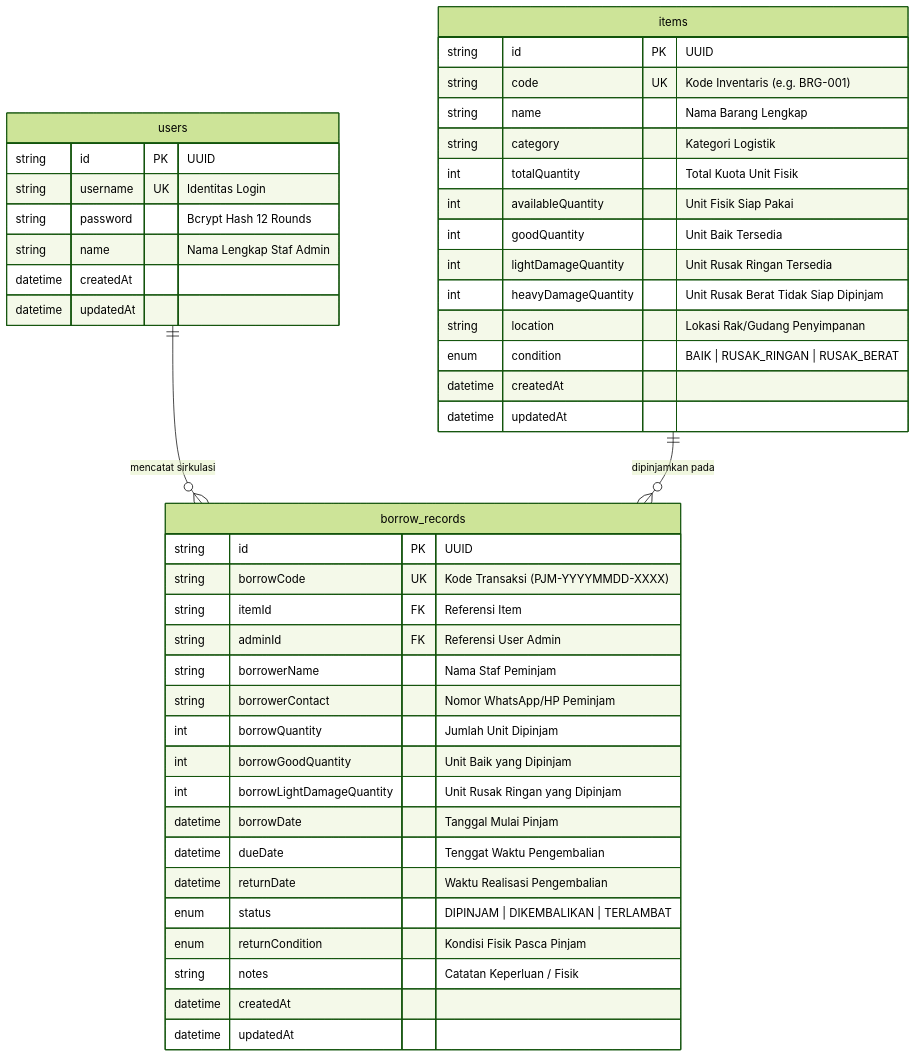
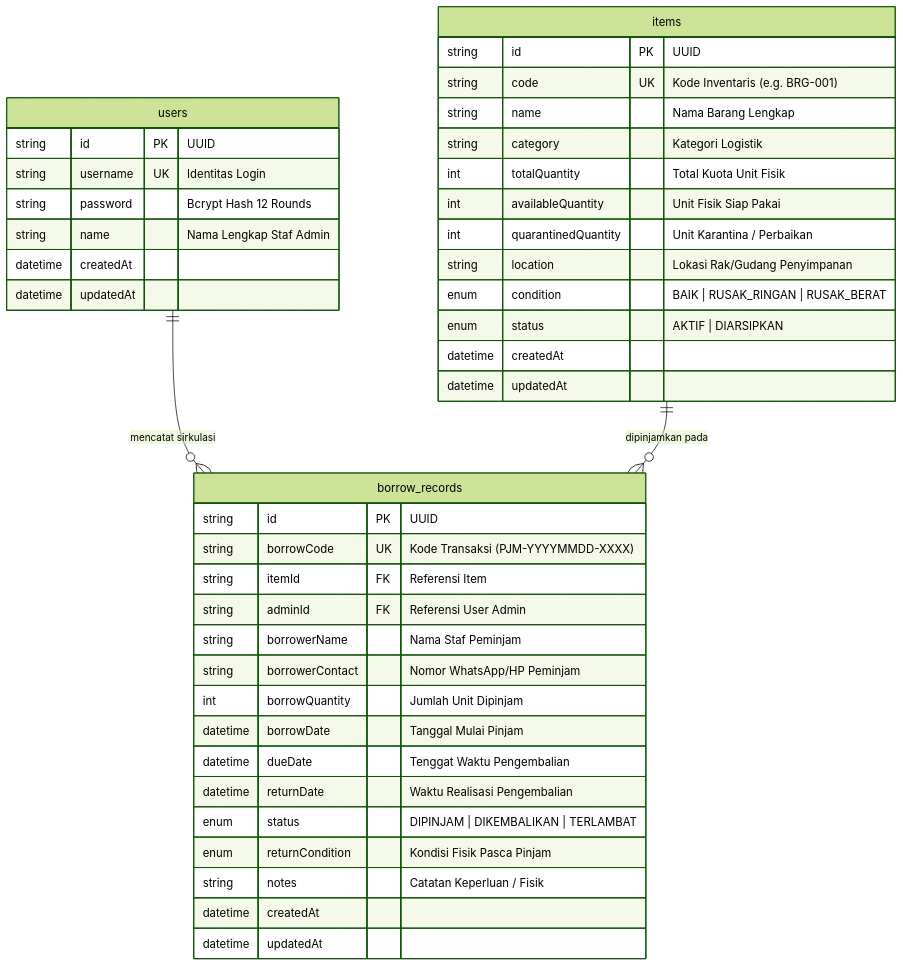
One commit to Imam-Maula/bpti-project-inventaris changed the second of 2 diagrams in README.md. Above: the diagram before and after it, drawn with Mermaid (forest theme). The commit also changed other lines of this file and 43 other files, not shown here.

````diff
--- a/README.md
+++ b/README.md
@@ -139,50 +136,47 @@
 ```mermaid
 erDiagram
     users ||--o{ borrow_records : "mencatat sirkulasi"
     items ||--o{ borrow_records : "dipinjamkan pada"
 
     users {
         string id PK "UUID"
         string username UK "Identitas Login"
         string password "Bcrypt Hash 12 Rounds"
         string name "Nama Lengkap Staf Admin"
         datetime createdAt
         datetime updatedAt
     }
 
     items {
         string id PK "UUID"
         string code UK "Kode Inventaris (e.g. BRG-001)"
         string name "Nama Barang Lengkap"
         string category "Kategori Logistik"
         int totalQuantity "Total Kuota Unit Fisik"
         int availableQuantity "Unit Fisik Siap Pakai"
-        int goodQuantity "Unit Baik Tersedia"
-        int lightDamageQuantity "Unit Rusak Ringan Tersedia"
-        int heavyDamageQuantity "Unit Rusak Berat Tidak Siap Dipinjam"
+        int quarantinedQuantity "Unit Karantina / Perbaikan"
         string location "Lokasi Rak/Gudang Penyimpanan"
         enum condition "BAIK | RUSAK_RINGAN | RUSAK_BERAT"
+        enum status "AKTIF | DIARSIPKAN"
         datetime createdAt
         datetime updatedAt
     }
 
     borrow_records {
         string id PK "UUID"
         string borrowCode UK "Kode Transaksi (PJM-YYYYMMDD-XXXX)"
         string itemId FK "Referensi Item"
         string adminId FK "Referensi User Admin"
         string borrowerName "Nama Staf Peminjam"
         string borrowerContact "Nomor WhatsApp/HP Peminjam"
         int borrowQuantity "Jumlah Unit Dipinjam"
-        int borrowGoodQuantity "Unit Baik yang Dipinjam"
-        int borrowLightDamageQuantity "Unit Rusak Ringan yang Dipinjam"
         datetime borrowDate "Tanggal Mulai Pinjam"
         datetime dueDate "Tenggat Waktu Pengembalian"
         datetime returnDate "Waktu Realisasi Pengembalian"
         enum status "DIPINJAM | DIKEMBALIKAN | TERLAMBAT"
         enum returnCondition "Kondisi Fisik Pasca Pinjam"
         string notes "Catatan Keperluan / Fisik"
         datetime createdAt
         datetime updatedAt
     }
 ```
````
